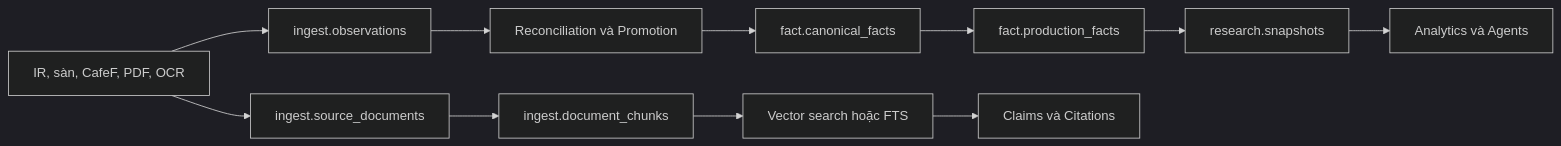
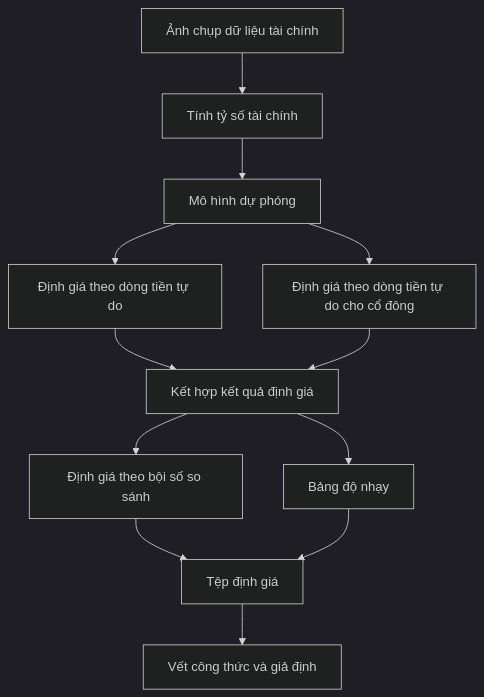
The fourth of 6 diagrams in docs/ARCHITECTURE.md (haubelerche/equity-research-system), drawn with Mermaid (dark theme) before and after one commit. The commit also changed other lines of this file and 29 other files, not shown here.

````diff
--- a/docs/ARCHITECTURE.md
+++ b/docs/ARCHITECTURE.md
@@ -106,13 +238,14 @@
 ```mermaid
-flowchart LR
-    SRC[IR, sàn, CafeF, PDF, OCR] --> DOC[ingest.source_documents]
-    SRC --> OBS[ingest.observations]
-    OBS --> REC[Reconciliation và Promotion]
-    REC --> FACT[fact.canonical_facts]
-    FACT --> VIEW[fact.production_facts]
-    VIEW --> SNAP[research.snapshots]
-    DOC --> CHUNK[ingest.document_chunks]
-    CHUNK --> RET[Vector search hoặc FTS]
-    SNAP --> ANA[Analytics và Agents]
-    RET --> CLAIM[Claims và Citations]
+flowchart TD
+    A[Ảnh chụp dữ liệu tài chính] --> B[Tính tỷ số tài chính]
+    B --> C[Mô hình dự phóng]
+    C --> D[Định giá theo dòng tiền tự do]
+    C --> E[Định giá theo dòng tiền tự do cho cổ đông]
+    D --> F[Kết hợp kết quả định giá]
+    E --> F
+    F --> G[Định giá theo bội số so sánh]
+    F --> H[Bảng độ nhạy]
+    G --> I[Tệp định giá]
+    H --> I
+    I --> J[Vết công thức và giả định]
 ```
````
